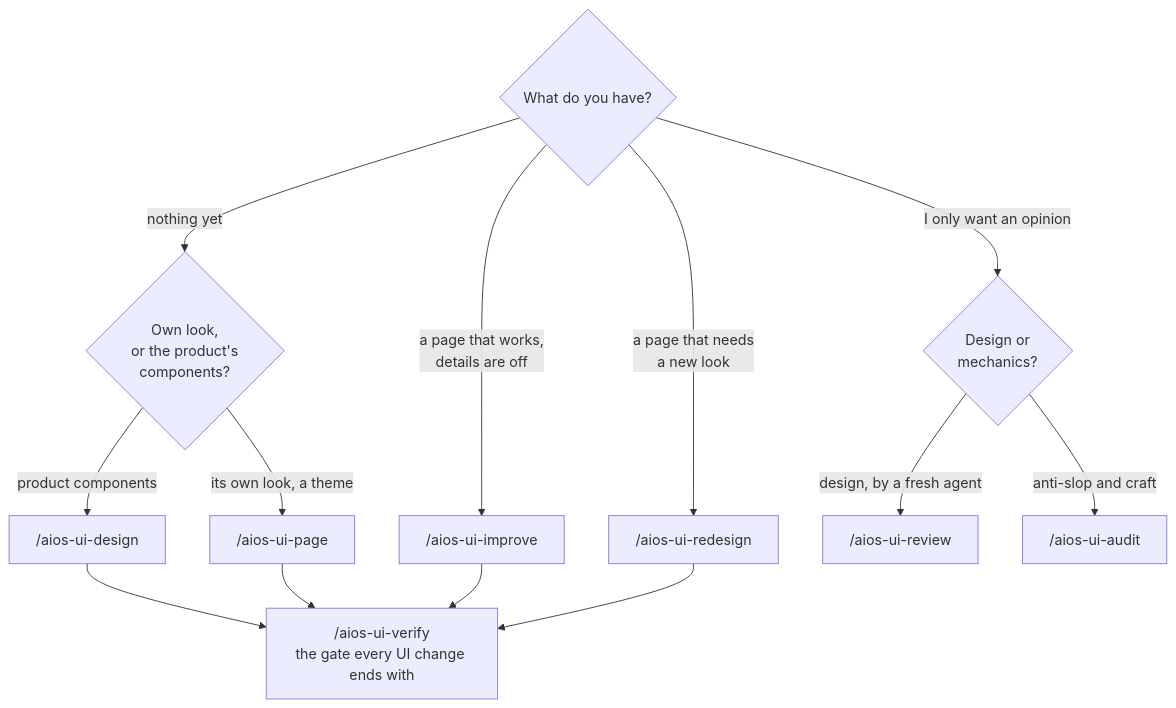
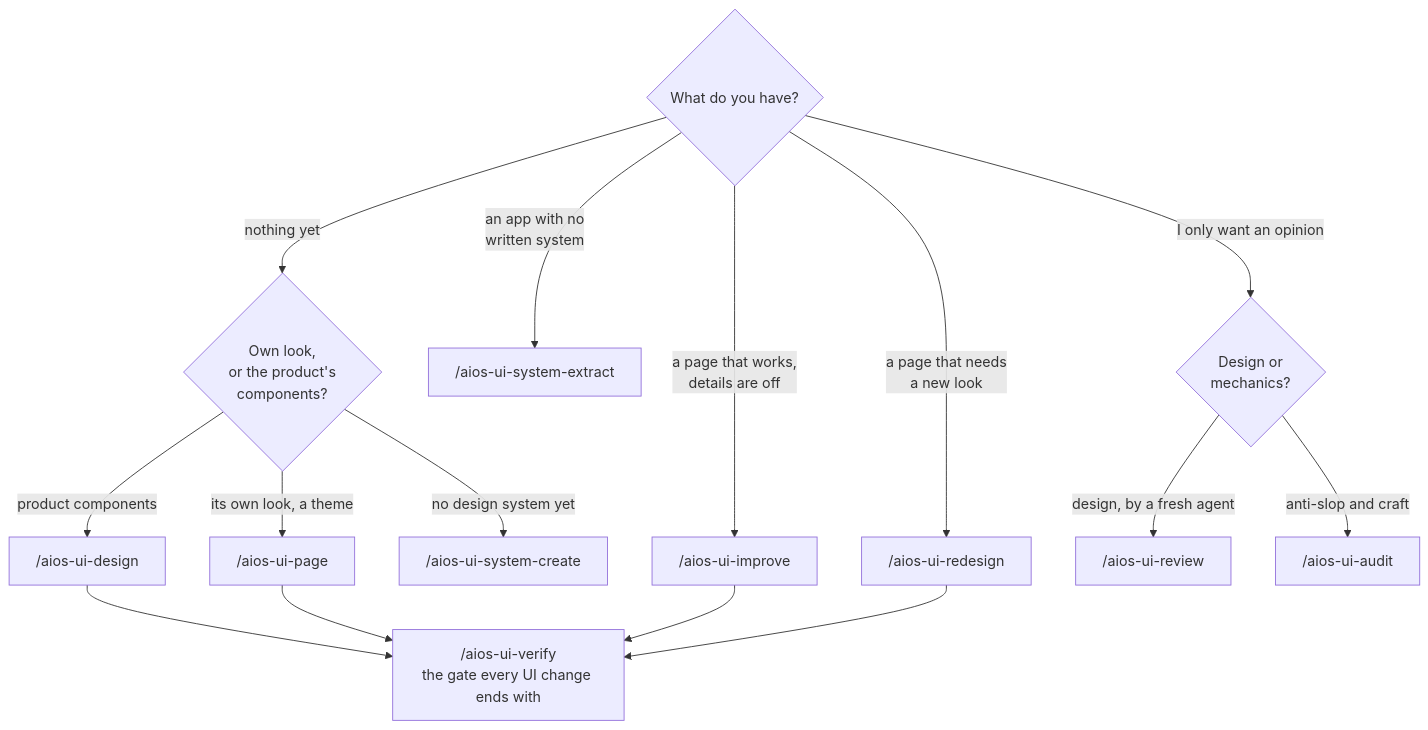
Before and after one commit to eddremonts86/ai-os: the third of 6 diagrams in README.md, drawn with Mermaid. The commit also changed other lines of this file and 18 other files, not shown here.

First line of the commit message:
feat(ui): /aios-ui-system-create, -extract and -check

````diff
--- a/README.md
+++ b/README.md
@@ -126,12 +126,14 @@
 ```mermaid
 flowchart TD
   Q{"What do you have?"} -- "nothing yet" --> N{"Own look,<br/>or the product's<br/>components?"}
   N -- "product components" --> D["/aios-ui-design"]
   N -- "its own look, a theme" --> PG["/aios-ui-page"]
+  N -- "no design system yet" --> SC["/aios-ui-system-create"]
+  Q -- "an app with no<br/>written system" --> SE["/aios-ui-system-extract"]
   Q -- "a page that works,<br/>details are off" --> I["/aios-ui-improve"]
   Q -- "a page that needs<br/>a new look" --> RD["/aios-ui-redesign"]
   Q -- "I only want an opinion" --> O{"Design or<br/>mechanics?"}
   O -- "design, by a fresh agent" --> RV["/aios-ui-review"]
   O -- "anti-slop and craft" --> AU["/aios-ui-audit"]
   D & PG & I & RD --> VF["/aios-ui-verify<br/>the gate every UI change ends with"]
 ```
````
